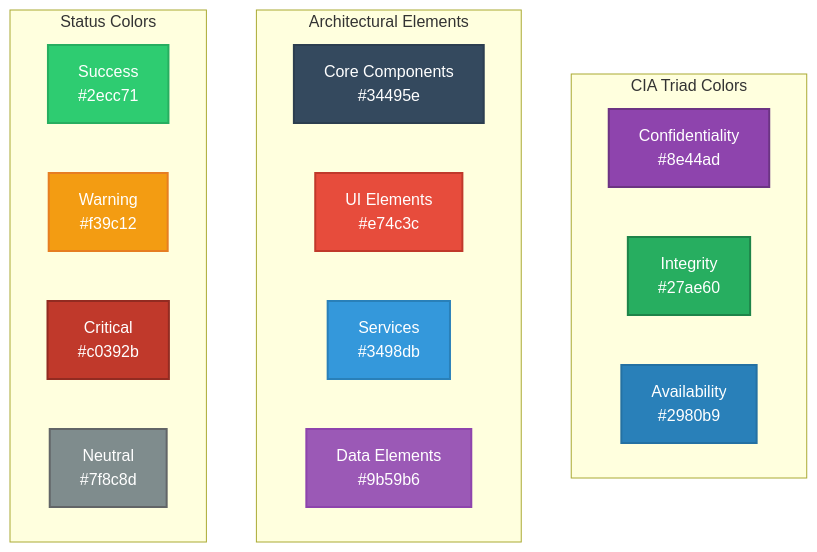
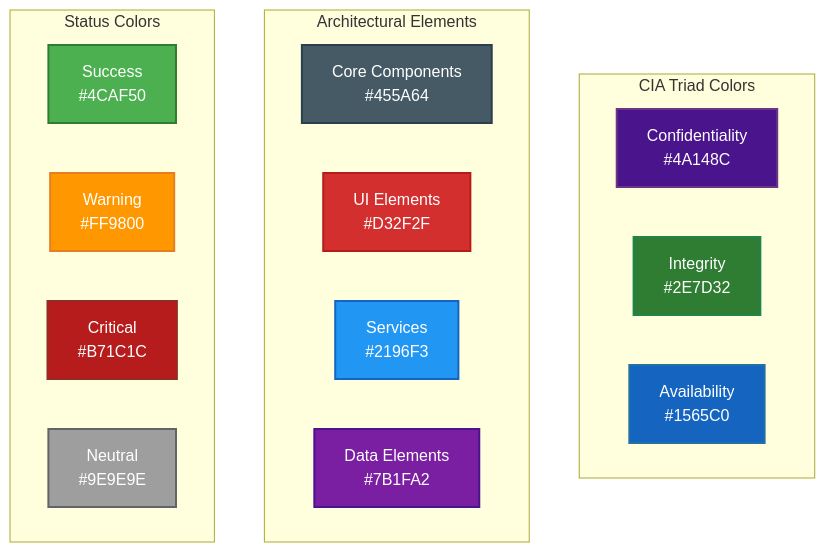
The first of 6 diagrams in docs/architecture/STYLE_GUIDE.md (Hack23/cia-compliance-manager), drawn with Mermaid before and after one commit. The commit also changed other lines of this file and 18 other files, not shown here.

````diff
--- a/docs/architecture/STYLE_GUIDE.md
+++ b/docs/architecture/STYLE_GUIDE.md
@@ -65,36 +65,36 @@
 ```mermaid
 graph TD
     subgraph "CIA Triad Colors"
-        C1[Confidentiality<br>#8e44ad]
-        I1[Integrity<br>#27ae60]
-        A1[Availability<br>#2980b9]
+        C1[Confidentiality<br>#4A148C]
+        I1[Integrity<br>#2E7D32]
+        A1[Availability<br>#1565C0]
     end
     
     subgraph "Architectural Elements"
-        A2[Core Components<br>#34495e]
-        A3[UI Elements<br>#e74c3c]
-        A4[Services<br>#3498db]
-        A5[Data Elements<br>#9b59b6]
+        A2[Core Components<br>#455A64]
+        A3[UI Elements<br>#D32F2F]
+        A4[Services<br>#2196F3]
+        A5[Data Elements<br>#7B1FA2]
     end
     
     subgraph "Status Colors"
-        S1[Success<br>#2ecc71]
-        S2[Warning<br>#f39c12]
-        S3[Critical<br>#c0392b]
-        S4[Neutral<br>#7f8c8d]
+        S1[Success<br>#4CAF50]
+        S2[Warning<br>#FF9800]
+        S3[Critical<br>#B71C1C]
+        S4[Neutral<br>#9E9E9E]
     end
     
-    style C1 fill:#8e44ad,stroke:#6c3483,stroke-width:2px,color:white
-    style I1 fill:#27ae60,stroke:#1e8449,stroke-width:2px,color:white
-    style A1 fill:#2980b9,stroke:#2471a3,stroke-width:2px,color:white
+    style C1 fill:#4A148C,stroke:#6c3483,stroke-width:2px,color:white
+    style I1 fill:#2E7D32,stroke:#1e8449,stroke-width:2px,color:white
+    style A1 fill:#1565C0,stroke:#2471a3,stroke-width:2px,color:white
     
-    style A2 fill:#34495e,stroke:#2c3e50,stroke-width:2px,color:white
-    style A3 fill:#e74c3c,stroke:#c0392b,stroke-width:2px,color:white
-    style A4 fill:#3498db,stroke:#2980b9,stroke-width:2px,color:white
-    style A5 fill:#9b59b6,stroke:#8e44ad,stroke-width:2px,color:white
+    style A2 fill:#455A64,stroke:#2c3e50,stroke-width:2px,color:white
+    style A3 fill:#D32F2F,stroke:#B71C1C,stroke-width:2px,color:white
+    style A4 fill:#2196F3,stroke:#1565C0,stroke-width:2px,color:white
+    style A5 fill:#7B1FA2,stroke:#4A148C,stroke-width:2px,color:white
     
-    style S1 fill:#2ecc71,stroke:#27ae60,stroke-width:2px,color:white
-    style S2 fill:#f39c12,stroke:#e67e22,stroke-width:2px,color:white
-    style S3 fill:#c0392b,stroke:#922b21,stroke-width:2px,color:white
-    style S4 fill:#7f8c8d,stroke:#626567,stroke-width:2px,color:white
+    style S1 fill:#4CAF50,stroke:#2E7D32,stroke-width:2px,color:white
+    style S2 fill:#FF9800,stroke:#e67e22,stroke-width:2px,color:white
+    style S3 fill:#B71C1C,stroke:#922b21,stroke-width:2px,color:white
+    style S4 fill:#9E9E9E,stroke:#626567,stroke-width:2px,color:white
 ```
````
